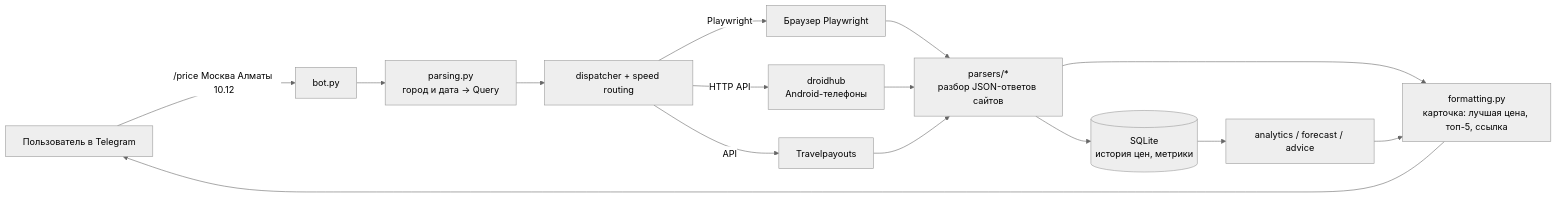
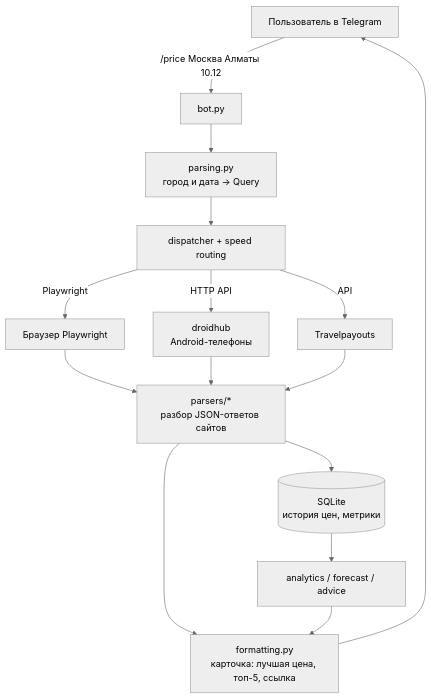
The diagram in README.md (pazrabi/aviaticket), drawn with Mermaid (neutral theme) before and after one commit.

Commit message:
README: схема сверху вниз для читаемости
Claude-Session: https://claude.ai/code/session_01RPHt9rLmK7KPxHnffJPa8N

````diff
--- a/README.md
+++ b/README.md
@@ -24,17 +24,17 @@
 ```mermaid
-flowchart LR
+flowchart TD
     U[Пользователь в Telegram] -->|/price Москва Алматы 10.12| B[bot.py]
     B --> P[parsing.py<br/>город и дата → Query]
     P --> D[dispatcher + speed routing]
     D -->|API| TP[Travelpayouts]
     D -->|Playwright| BR[Браузер Playwright]
     D -->|HTTP API| DH[droidhub<br/>Android-телефоны]
     BR --> PR[parsers/*<br/>разбор JSON-ответов сайтов]
     DH --> PR
     TP --> PR
     PR --> H[(SQLite<br/>история цен, метрики)]
     PR --> F[formatting.py<br/>карточка: лучшая цена, топ-5, ссылка]
     H --> A[analytics / forecast / advice]
     A --> F
     F --> U
 ```
````
